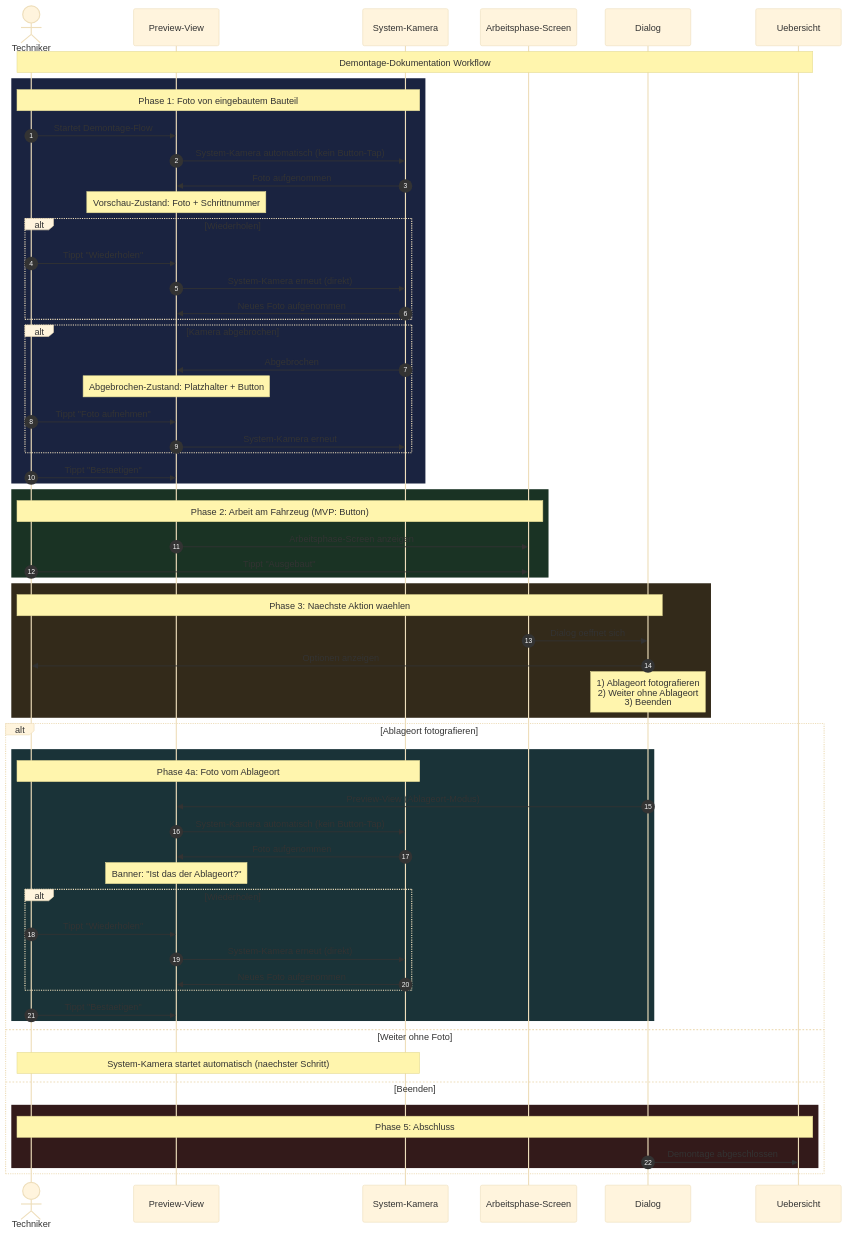
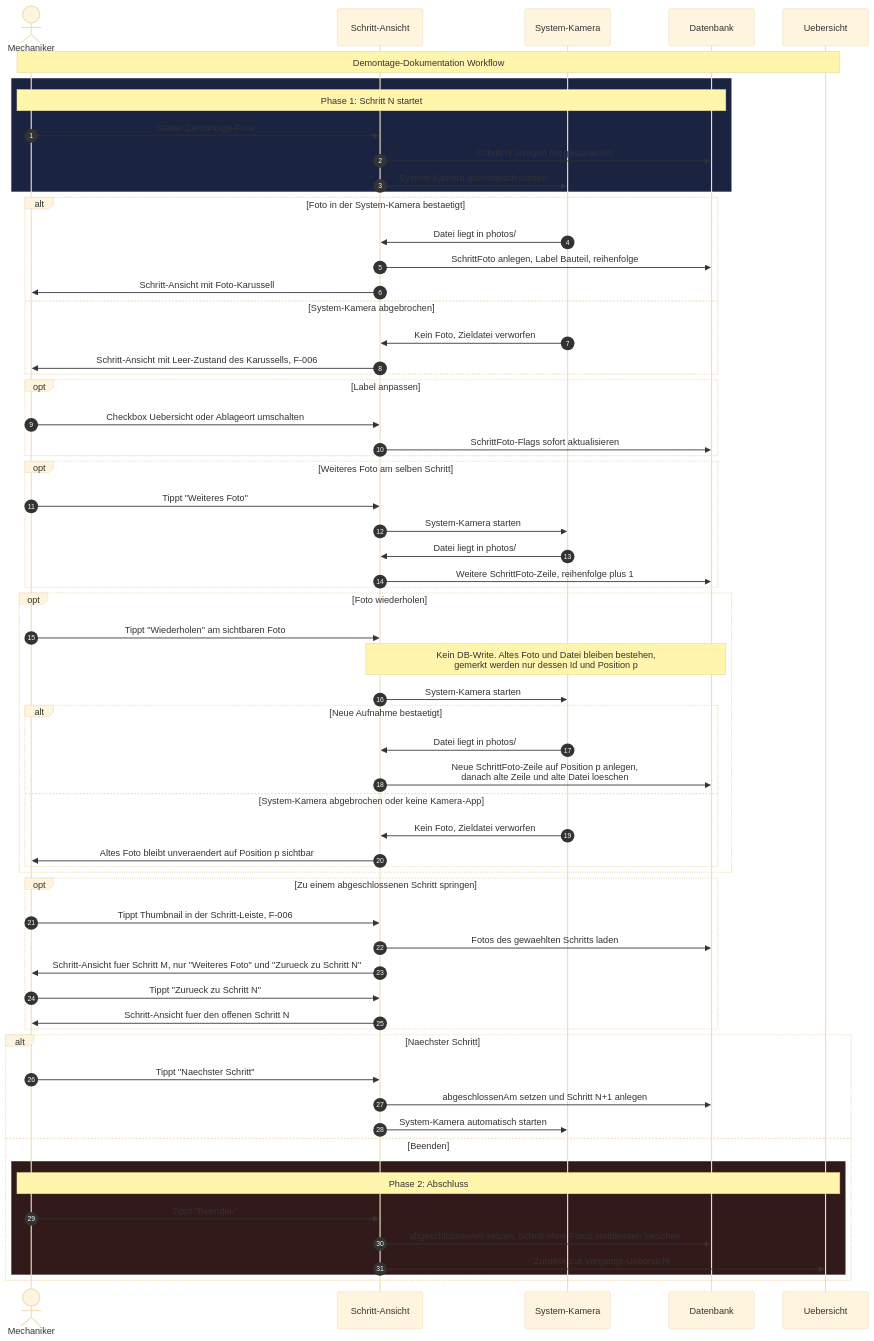
Before and after one commit to KuestenFlunder/BoltMind: the second of 2 diagrams in docs/specs/F-003-demontage/README.md, drawn with Mermaid (base theme). The commit also changed other lines of this file and 20 other files, not shown here.

First line of the commit message:
[Spec] Foto-Modell, F-006 Schritt-Browser und System-Kamera

````diff
--- a/docs/specs/F-003-demontage/README.md
+++ b/docs/specs/F-003-demontage/README.md
@@ -179,68 +335,73 @@
 ```mermaid
 sequenceDiagram
     autonumber
-    actor T as Techniker
-    participant PV as Preview-View
+    actor T as Mechaniker
+    participant SA as Schritt-Ansicht
     participant SK as System-Kamera
-    participant F as Arbeitsphase-Screen
-    participant D as Dialog
+    participant DB as Datenbank
     participant U as Uebersicht
 
     Note over T,U: Demontage-Dokumentation Workflow
 
     rect rgb(26, 35, 64)
-        Note over T,SK: Phase 1: Foto von eingebautem Bauteil
-        T->>PV: Startet Demontage-Flow
-        PV->>SK: System-Kamera automatisch (kein Button-Tap)
-        SK->>PV: Foto aufgenommen
-        Note over PV: Vorschau-Zustand: Foto + Schrittnummer
-        alt Wiederholen
-            T->>PV: Tippt "Wiederholen"
-            PV->>SK: System-Kamera erneut (direkt)
-            SK->>PV: Neues Foto aufgenommen
-        end
-        alt Kamera abgebrochen
-            SK->>PV: Abgebrochen
-            Note over PV: Abgebrochen-Zustand: Platzhalter + Button
-            T->>PV: Tippt "Foto aufnehmen"
-            PV->>SK: System-Kamera erneut
-        end
-        T->>PV: Tippt "Bestaetigen"
+        Note over T,DB: Phase 1: Schritt N startet
+        T->>SA: Startet Demontage-Flow
+        SA->>DB: Schritt N anlegen mit gestartetAm
+        SA->>SK: System-Kamera automatisch starten
     end
 
-    rect rgb(26, 51, 36)
-        Note over T,F: Phase 2: Arbeit am Fahrzeug (MVP: Button)
-        PV->>F: Arbeitsphase-Screen anzeigen
-        T->>F: Tippt "Ausgebaut"
+    alt Foto in der System-Kamera bestaetigt
+        SK->>SA: Datei liegt in photos/
+        SA->>DB: SchrittFoto anlegen, Label Bauteil, reihenfolge
+        SA->>T: Schritt-Ansicht mit Foto-Karussell
+    else System-Kamera abgebrochen
+        SK->>SA: Kein Foto, Zieldatei verworfen
+        SA->>T: Schritt-Ansicht mit Leer-Zustand des Karussells, F-006
     end
 
-    rect rgb(51, 42, 26)
-        Note over T,D: Phase 3: Naechste Aktion waehlen
-        F->>D: Dialog oeffnet sich
-        D->>T: Optionen anzeigen
-        Note over D: 1) Ablageort fotografieren<br/>2) Weiter ohne Ablageort<br/>3) Beenden
+    opt Label anpassen
+        T->>SA: Checkbox Uebersicht oder Ablageort umschalten
+        SA->>DB: SchrittFoto-Flags sofort aktualisieren
     end
 
-    alt Ablageort fotografieren
-        rect rgb(26, 51, 56)
-            Note over T,SK: Phase 4a: Foto vom Ablageort
-            D->>PV: Preview-View (Ablageort-Modus)
-            PV->>SK: System-Kamera automatisch (kein Button-Tap)
-            SK->>PV: Foto aufgenommen
-            Note over PV: Banner: "Ist das der Ablageort?"
-            alt Wiederholen
-                T->>PV: Tippt "Wiederholen"
-                PV->>SK: System-Kamera erneut (direkt)
-                SK->>PV: Neues Foto aufgenommen
-            end
-            T->>PV: Tippt "Bestaetigen"
+    opt Weiteres Foto am selben Schritt
+        T->>SA: Tippt "Weiteres Foto"
+        SA->>SK: System-Kamera starten
+        SK->>SA: Datei liegt in photos/
+        SA->>DB: Weitere SchrittFoto-Zeile, reihenfolge plus 1
+    end
+
+    opt Foto wiederholen
+        T->>SA: Tippt "Wiederholen" am sichtbaren Foto
+        Note over SA,DB: Kein DB-Write. Altes Foto und Datei bleiben bestehen,<br/>gemerkt werden nur dessen Id und Position p
+        SA->>SK: System-Kamera starten
+        alt Neue Aufnahme bestaetigt
+            SK->>SA: Datei liegt in photos/
+            SA->>DB: Neue SchrittFoto-Zeile auf Position p anlegen,<br/>danach alte Zeile und alte Datei loeschen
+        else System-Kamera abgebrochen oder keine Kamera-App
+            SK->>SA: Kein Foto, Zieldatei verworfen
+            SA->>T: Altes Foto bleibt unveraendert auf Position p sichtbar
         end
-    else Weiter ohne Foto
-        Note over T,SK: System-Kamera startet automatisch (naechster Schritt)
+    end
+
+    opt Zu einem abgeschlossenen Schritt springen
+        T->>SA: Tippt Thumbnail in der Schritt-Leiste, F-006
+        SA->>DB: Fotos des gewaehlten Schritts laden
+        SA->>T: Schritt-Ansicht fuer Schritt M, nur "Weiteres Foto" und "Zurueck zu Schritt N"
+        T->>SA: Tippt "Zurueck zu Schritt N"
+        SA->>T: Schritt-Ansicht fuer den offenen Schritt N
+    end
+
+    alt Naechster Schritt
+        T->>SA: Tippt "Naechster Schritt"
+        SA->>DB: abgeschlossenAm setzen und Schritt N+1 anlegen
+        SA->>SK: System-Kamera automatisch starten
     else Beenden
         rect rgb(51, 26, 26)
-            Note over T,U: Phase 5: Abschluss
-            D->>U: Demontage abgeschlossen
+            Note over T,U: Phase 2: Abschluss
+            T->>SA: Tippt "Beenden"
+            SA->>DB: abgeschlossenAm setzen, Schritt ohne Fotos stattdessen loeschen
+            SA->>U: Zurueck zur Vorgangs-Uebersicht
         end
     end
 ```
````
